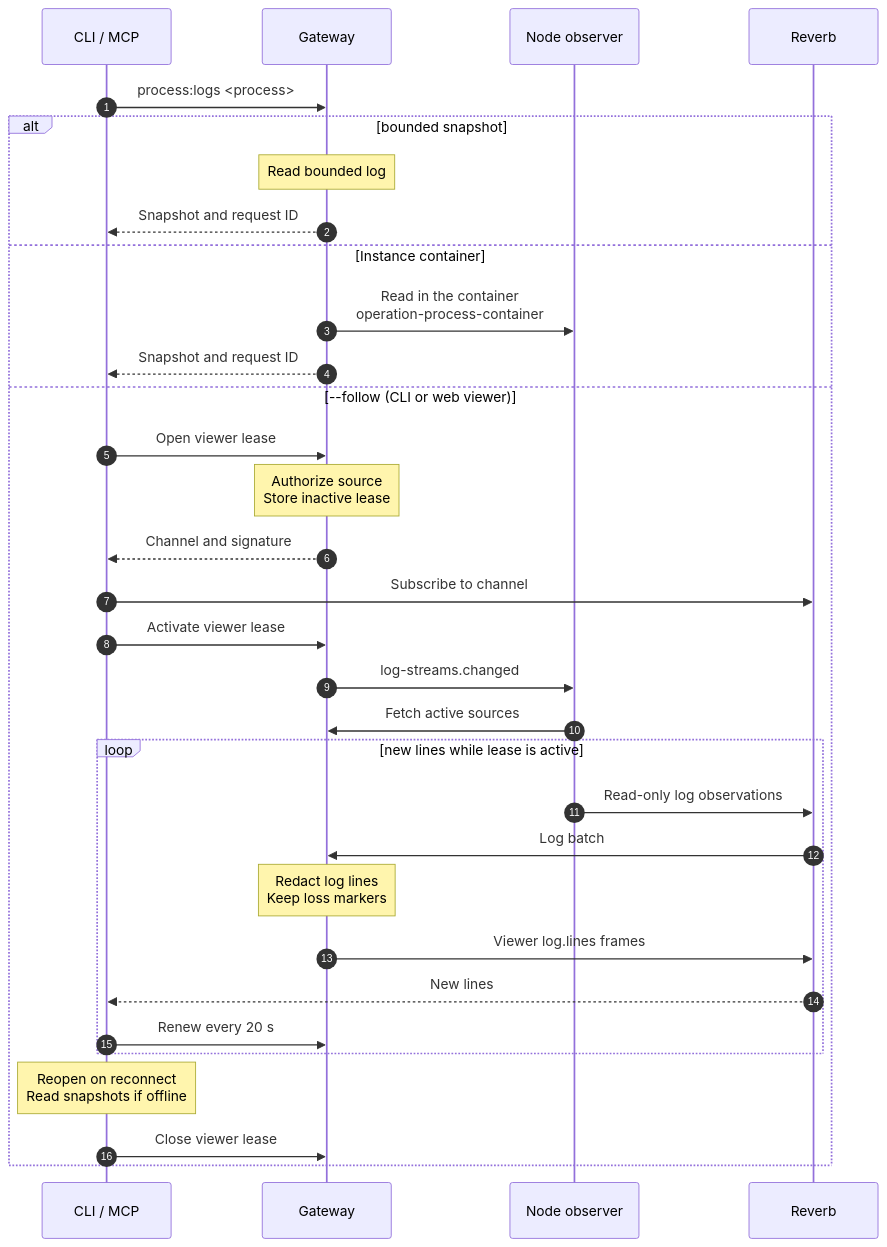
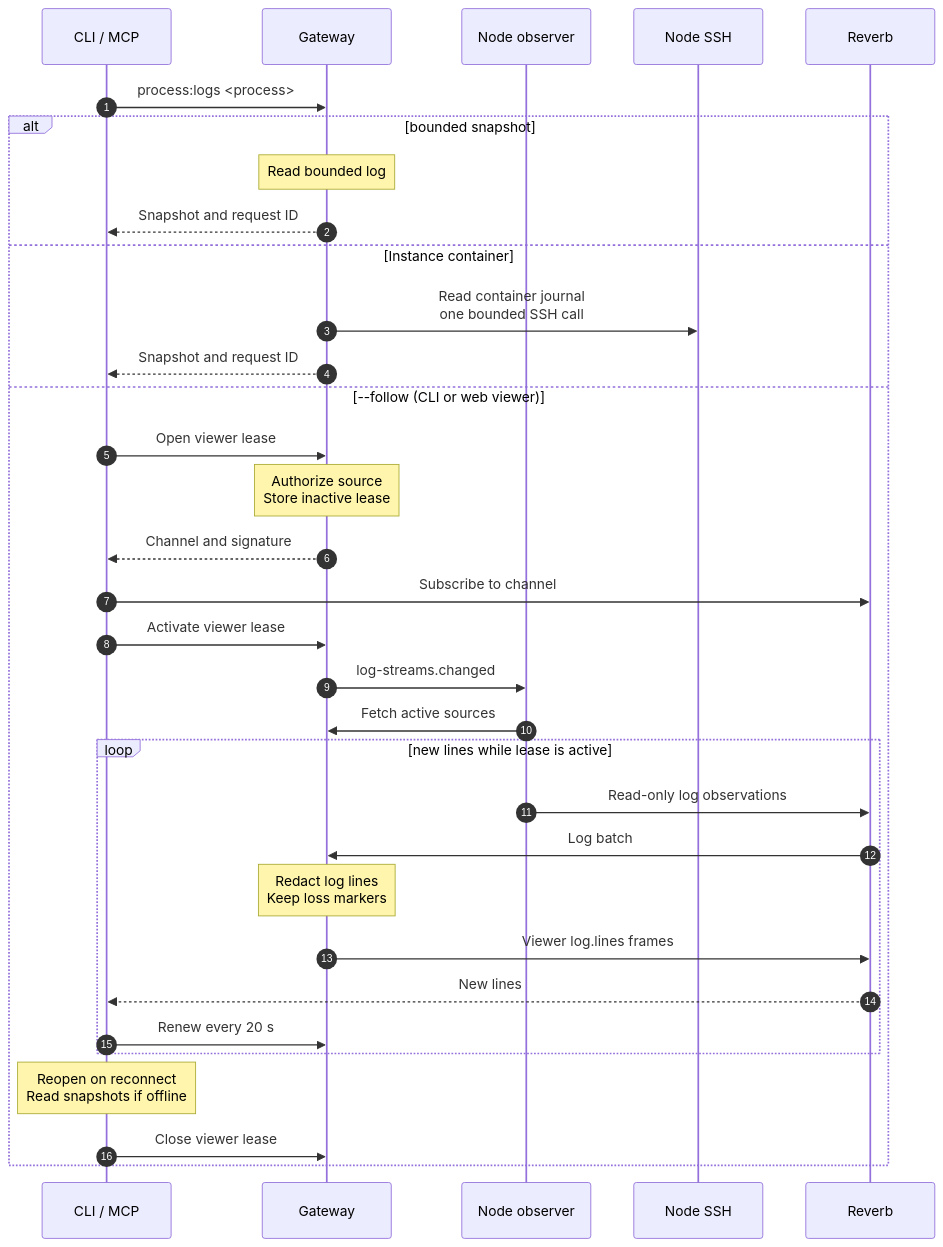
One commit to hardimpactdev/orbit changed the diagram in docs/cli/process/logs.mmd. Above: the diagram before and after it, drawn with Mermaid. The commit also changed 34 other files, not shown here.

First line of the commit message:
Read container Process logs directly and batch state reads per Node (#3418)

```diff
--- a/docs/cli/process/logs.mmd
+++ b/docs/cli/process/logs.mmd
@@ -1,38 +1,39 @@
 sequenceDiagram
   %% status: draft
   %% command: process:logs
   %% kind: process.logs
   autonumber
   participant CLI as CLI / MCP
   participant GW as Gateway
   participant A as Node observer
+  participant N as Node SSH
   participant R as Reverb
   CLI->>GW: process:logs <process>
   alt bounded snapshot
     Note over GW: Read bounded log
     GW-->>CLI: Snapshot and request ID
   else Instance container
-    GW->>A: Read in the container<br/>operation-process-container
+    GW->>N: Read container journal<br/>one bounded SSH call
     %%> What it does:
-    %%> - the Node agent cannot read a container's journal, so the Gateway runs `operation-process-container` and waits for it
-    %%> - the journal lines go only to the vault; the Gateway reads them there and redacts them
+    %%> - the Gateway builds fixed argv from the resolved Instance and Process; only the bounded lines count comes from the caller
+    %%> - the existing Node SSH account reads the journal with host-equivalent output bounds; the Gateway redacts it and records no Operation or workflow
     GW-->>CLI: Snapshot and request ID
   else --follow (CLI or web viewer)
     CLI->>GW: Open viewer lease
     Note over GW: Authorize source<br/>Store inactive lease
     GW-->>CLI: Channel and signature
     CLI->>R: Subscribe to channel
     CLI->>GW: Activate viewer lease
     GW->>A: log-streams.changed
     A->>GW: Fetch active sources
     loop new lines while lease is active
       A->>R: Read-only log observations
       R->>GW: Log batch
       Note over GW: Redact log lines<br/>Keep loss markers
       GW->>R: Viewer log.lines frames
       R-->>CLI: New lines
       CLI->>GW: Renew every 20 s
     end
     Note over CLI: Reopen on reconnect<br/>Read snapshots if offline
     CLI->>GW: Close viewer lease
   end
```
